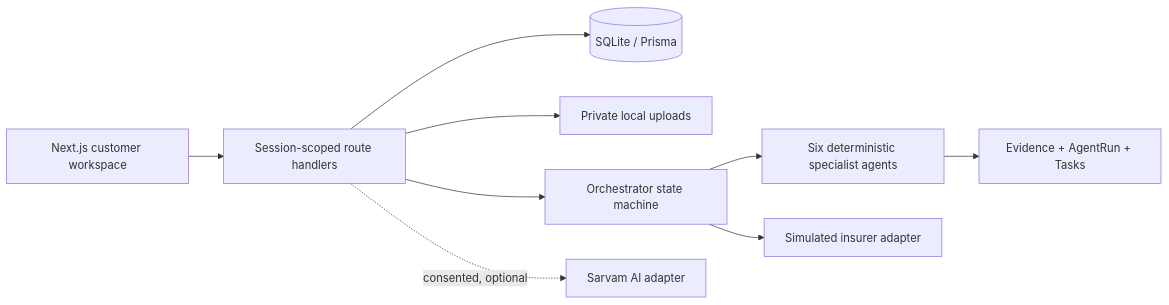
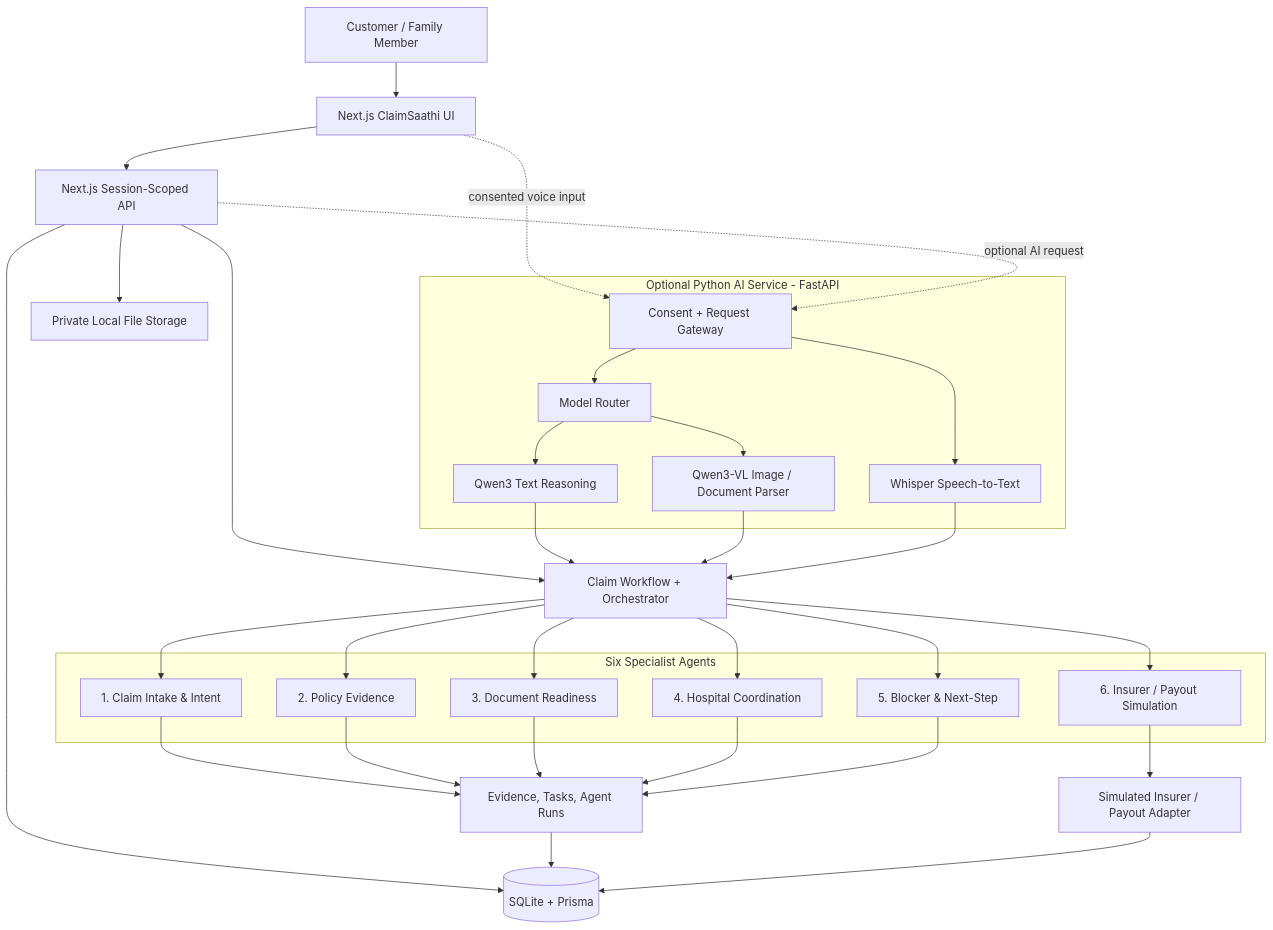
The first of 2 diagrams in README.md (Arbaz-hai/ClaimSaathi), drawn with Mermaid before and after one commit. The commit also changed other lines of this file, not shown here.

First line of the commit message:
Enhance README with detailed product and AI service info

````diff
--- a/README.md
+++ b/README.md
@@ -85,11 +60,52 @@
 ```mermaid
-flowchart LR
-  UI[Next.js customer workspace] --> API[Session-scoped route handlers]
-  API --> DB[(SQLite / Prisma)]
-  API --> Files[Private local uploads]
-  API --> O[Orchestrator state machine]
-  O --> A[Six deterministic specialist agents]
-  A --> E[Evidence + AgentRun + Tasks]
-  O --> M[Simulated insurer adapter]
-  API -. consented, optional .-> S[Sarvam AI adapter]
+flowchart TB
+    U[Customer / Family Member] --> WEB[Next.js ClaimSaathi UI]
+    WEB --> API[Next.js Session-Scoped API]
+    API --> CORE[Claim Workflow + Orchestrator]
+
+    subgraph PY[Optional Python AI Service - FastAPI]
+      GW[Consent + Request Gateway]
+      ASR[Whisper Speech-to-Text]
+      ROUTER[Model Router]
+      TXT[Qwen3 Text Reasoning]
+      VLM[Qwen3-VL Image / Document Parser]
+      GW --> ASR
+      GW --> ROUTER
+      ROUTER --> TXT
+      ROUTER --> VLM
+    end
+
+    WEB -. consented voice input .-> GW
+    API -. optional AI request .-> GW
+    TXT --> CORE
+    VLM --> CORE
+    ASR --> CORE
+
+    subgraph AG[Six Specialist Agents]
+      A1[1. Claim Intake & Intent]
+      A2[2. Policy Evidence]
+      A3[3. Document Readiness]
+      A4[4. Hospital Coordination]
+      A5[5. Blocker & Next-Step]
+      A6[6. Insurer / Payout Simulation]
+    end
+
+    CORE --> A1
+    CORE --> A2
+    CORE --> A3
+    CORE --> A4
+    CORE --> A5
+    CORE --> A6
+
+    A1 --> EV[Evidence, Tasks, Agent Runs]
+    A2 --> EV
+    A3 --> EV
+    A4 --> EV
+    A5 --> EV
+    A6 --> SIM[Simulated Insurer / Payout Adapter]
+
+    API --> DB[(SQLite + Prisma)]
+    API --> FS[Private Local File Storage]
+    EV --> DB
+    SIM --> DB
 ```
````
